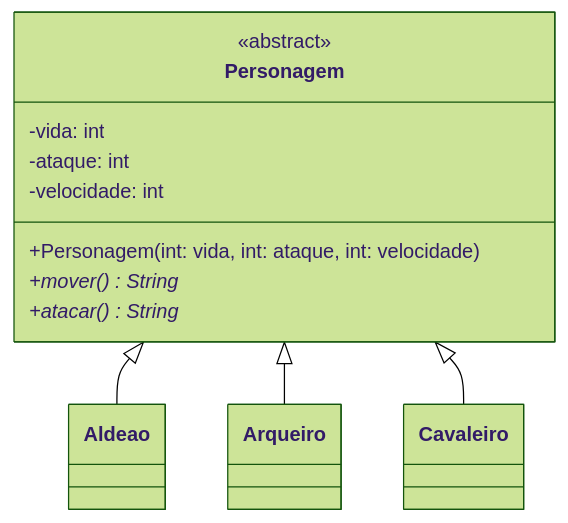
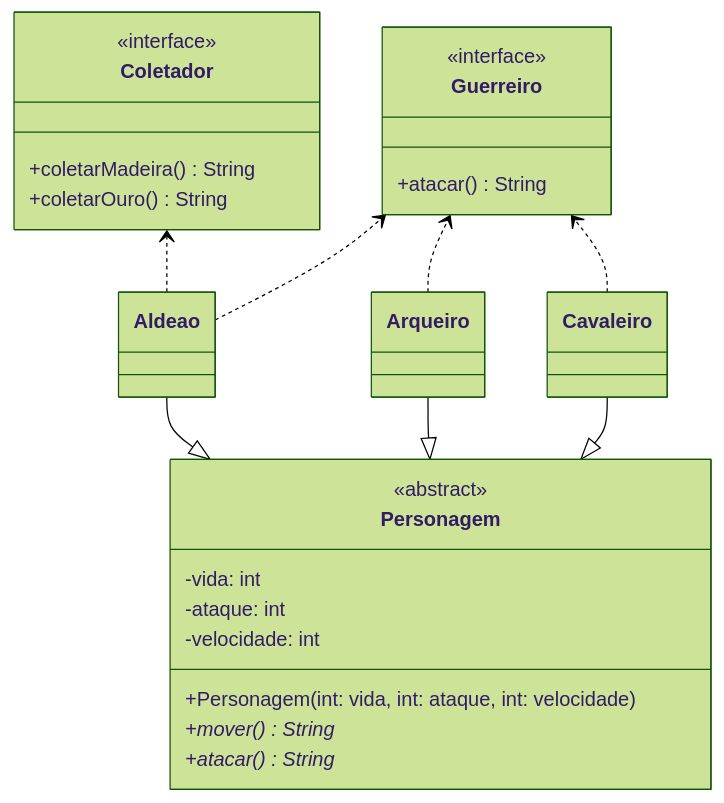
Before and after one commit to gustavo-cordova/POO-2026: the diagram in java-of-empires/Readme.md, drawn with Mermaid (forest theme). The commit also changed 5 other files, not shown here.

````diff
--- a/java-of-empires/Readme.md
+++ b/java-of-empires/Readme.md
@@ -3,27 +3,47 @@
 ```mermaid
-classDiagram
+classDiagram 
+    
+    direction BT
     
     class Personagem{
         <<abstract>>
         -vida: int
         -ataque: int
         -velocidade: int
         +Personagem(int: vida, int: ataque, int: velocidade )
         +mover() String*
         +atacar() String*
     }
     
+    class Coletador{
+        <<interface>>
+        +coletarMadeira() String
+        +coletarOuro() String
+    }
+    
+    class Guerreiro{
+        <<interface>>
+        +atacar() String
+    }
+    
     class Aldeao{
     }
     
     class Arqueiro{
     }
     
     class Cavaleiro{
     }
     
+    
     Personagem<|--Aldeao
     Personagem<|--Arqueiro
     Personagem<|--Cavaleiro
+    Aldeao ..> Coletador
+    Aldeao ..> Guerreiro
+    Arqueiro ..> Guerreiro
+    Cavaleiro ..> Guerreiro
+    
+    
     
 ```
````
